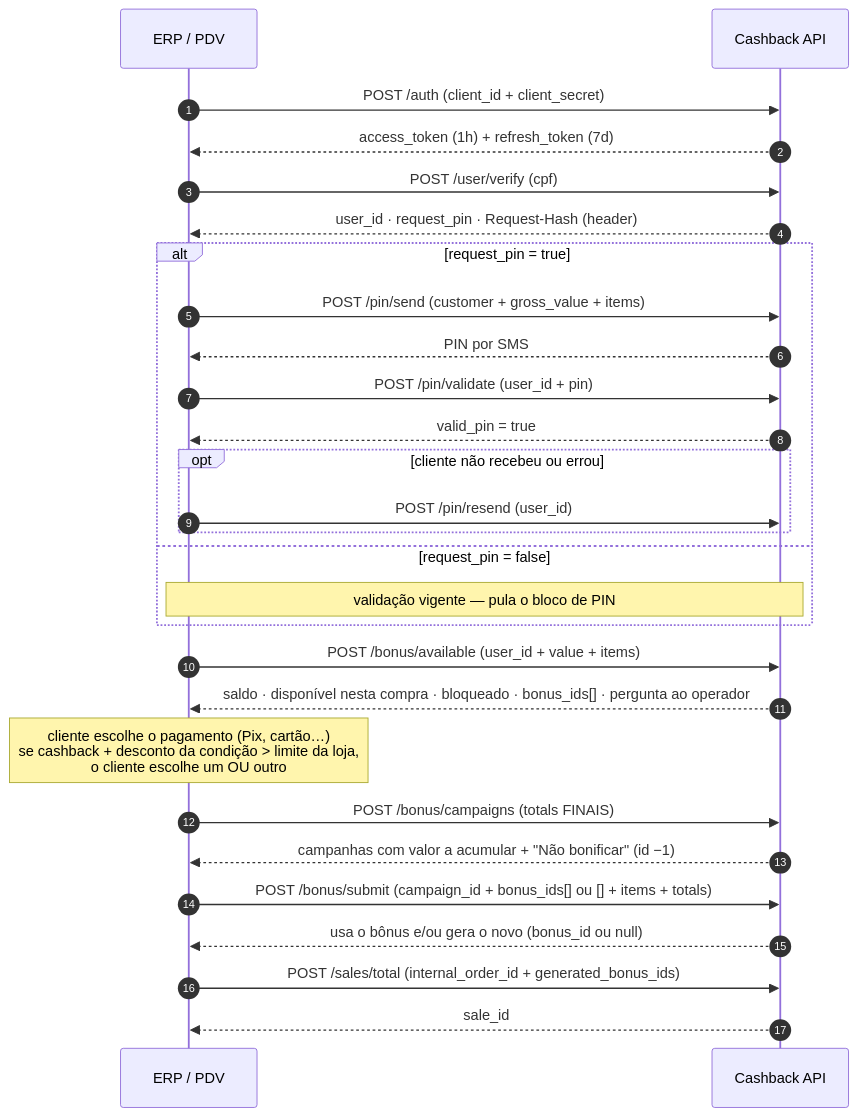
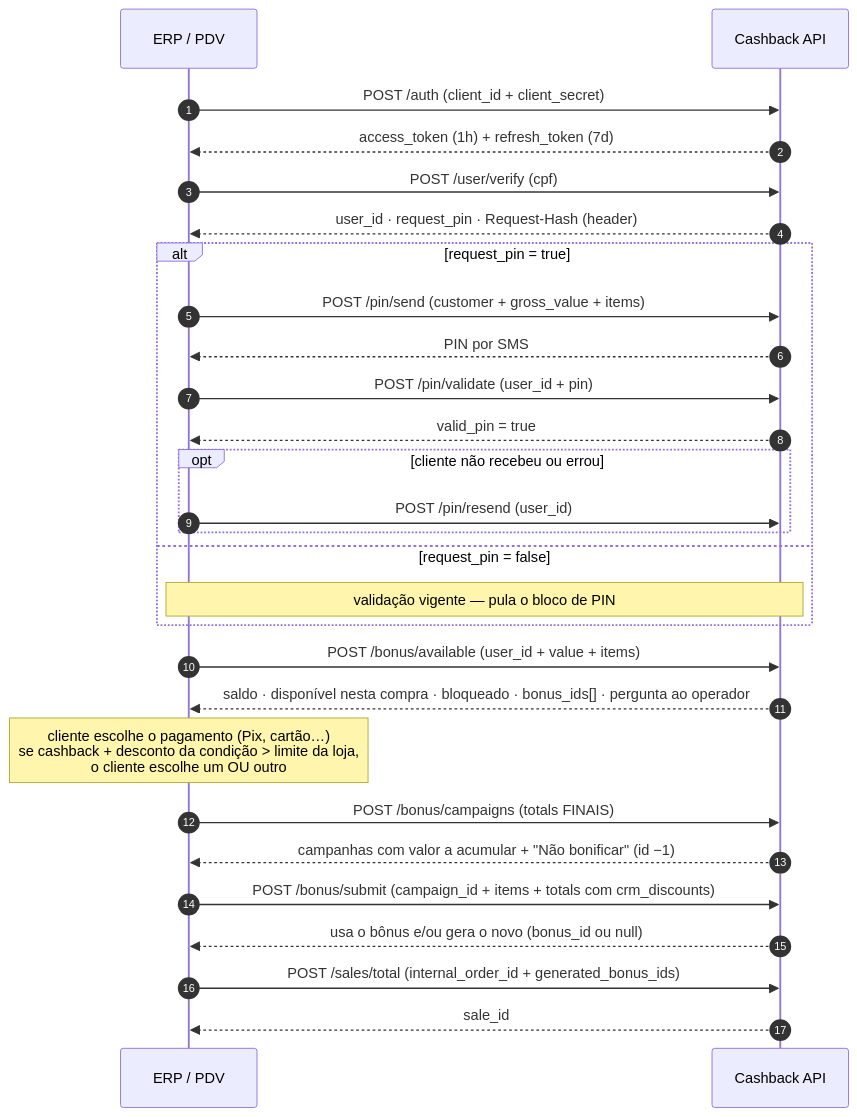
One commit to telos-crm/docs-cashback changed the first of 2 diagrams in fluxos/compra.md. Above: the diagram before and after it, drawn with Mermaid. The commit also changed other lines of this file and 9 other files, not shown here.

First line of the commit message:
Regras da API 1.2.0: troca e devolução parcial, crm_discounts e bonus_refunded (#1)

````diff
--- a/fluxos/compra.md
+++ b/fluxos/compra.md
@@ -34,38 +34,38 @@
 ```mermaid
 sequenceDiagram
   autonumber
   participant PDV as ERP / PDV
   participant API as Cashback API
 
   PDV->>API: POST /auth (client_id + client_secret)
   API-->>PDV: access_token (1h) + refresh_token (7d)
 
   PDV->>API: POST /user/verify (cpf)
   API-->>PDV: user_id · request_pin · Request-Hash (header)
 
   alt request_pin = true
     PDV->>API: POST /pin/send (customer + gross_value + items)
     API-->>PDV: PIN por SMS
     PDV->>API: POST /pin/validate (user_id + pin)
     API-->>PDV: valid_pin = true
     opt cliente não recebeu ou errou
       PDV->>API: POST /pin/resend (user_id)
     end
   else request_pin = false
     Note over PDV,API: validação vigente — pula o bloco de PIN
   end
 
   PDV->>API: POST /bonus/available (user_id + value + items)
   API-->>PDV: saldo · disponível nesta compra · bloqueado · bonus_ids[] · pergunta ao operador
 
   Note over PDV: cliente escolhe o pagamento (Pix, cartão…)<br/>se cashback + desconto da condição > limite da loja,<br/>o cliente escolhe um OU outro
 
   PDV->>API: POST /bonus/campaigns (totals FINAIS)
   API-->>PDV: campanhas com valor a acumular + "Não bonificar" (id −1)
 
-  PDV->>API: POST /bonus/submit (campaign_id + bonus_ids[] ou [] + items + totals)
+  PDV->>API: POST /bonus/submit (campaign_id + items + totals com crm_discounts)
   API-->>PDV: usa o bônus e/ou gera o novo (bonus_id ou null)
 
   PDV->>API: POST /sales/total (internal_order_id + generated_bonus_ids)
   API-->>PDV: sale_id
 ```
````
